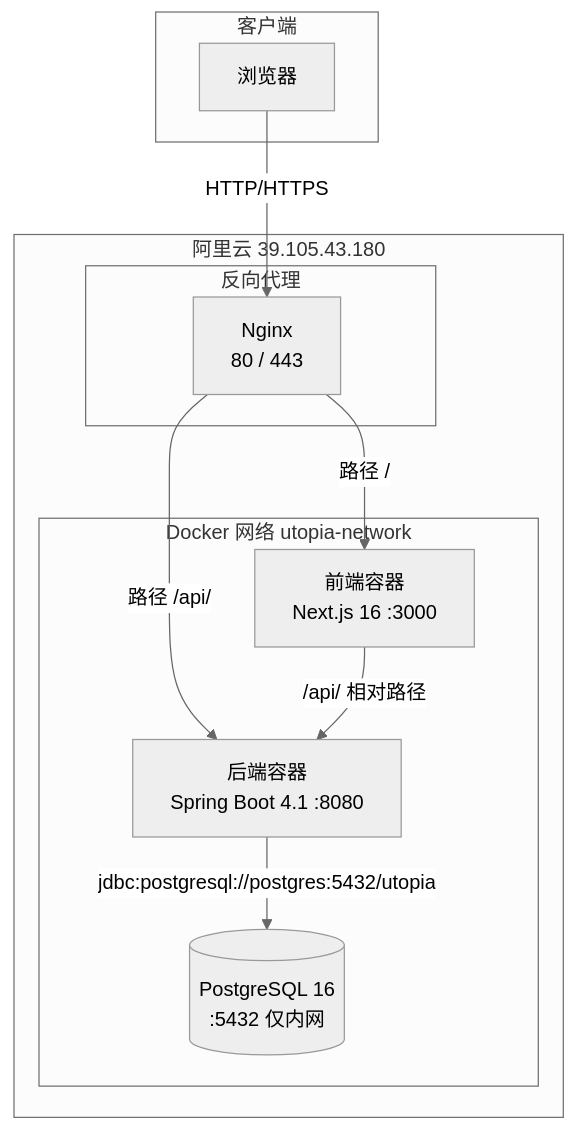
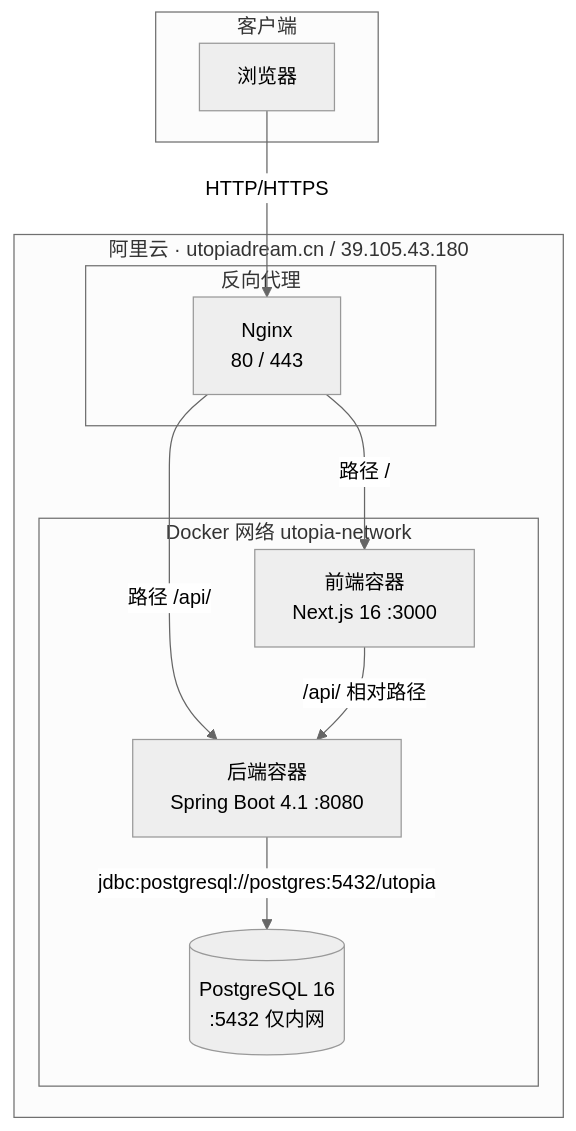
The first of 2 diagrams in docs/系统架构.md (ybz45448-sys/utopiadream.cn), drawn with Mermaid (neutral theme) before and after one commit. The commit also changed 17 other files, not shown here.

````diff
--- a/docs/系统架构.md
+++ b/docs/系统架构.md
@@ -9,24 +9,24 @@
 ```mermaid
 graph TB
     subgraph 客户端
         Browser[浏览器]
     end
 
-    subgraph 服务器[阿里云 39.105.43.180]
+    subgraph 服务器[阿里云 · utopiadream.cn / 39.105.43.180]
         subgraph 反向代理
             Nginx[Nginx<br/>80 / 443]
         end
 
         subgraph Docker 网络 utopia-network
             Frontend[前端容器<br/>Next.js 16 :3000]
             Backend[后端容器<br/>Spring Boot 4.1 :8080]
             DB[(PostgreSQL 16<br/>:5432 仅内网)]
         end
     end
 
     Browser -->|HTTP/HTTPS| Nginx
     Nginx -->|"路径 /"| Frontend
     Nginx -->|"路径 /api/"| Backend
     Frontend -->|"/api/ 相对路径"| Backend
     Backend -->|"jdbc:postgresql://postgres:5432/utopia"| DB
 ```
````
